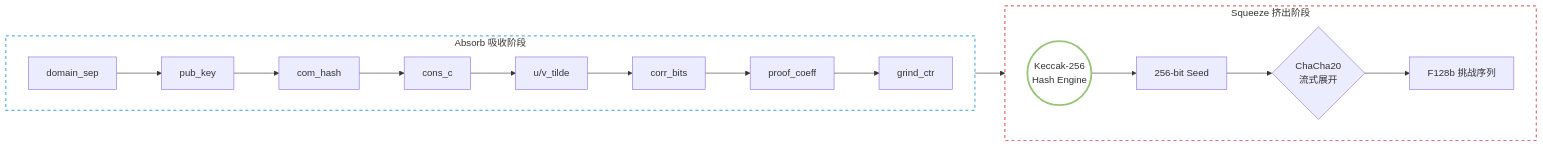
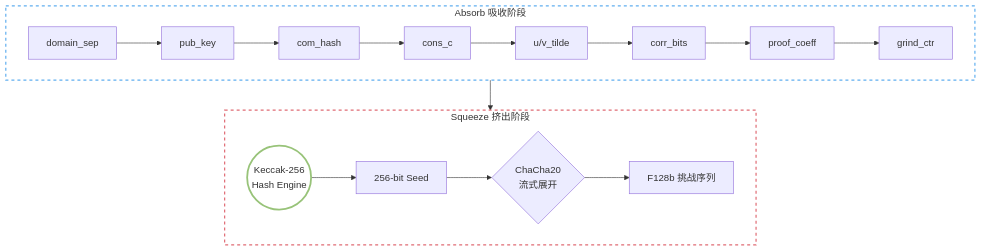
One commit to coperlm/CodeBasedZKPwithVOLEitH_README changed the second of 2 diagrams in src/5_ZK核心证明协议.md. Above: the diagram before and after it, drawn with Mermaid.

Commit message:
修正mermaid

````diff
--- a/src/5_ZK核心证明协议.md
+++ b/src/5_ZK核心证明协议.md
@@ -297,21 +297,21 @@
 ```mermaid
-graph LR
+graph TD
     subgraph Absorb [Absorb 吸收阶段]
         direction LR
         A1[domain_sep] --> A2[pub_key] --> A3[com_hash] --> A4[cons_c]
         A4 --> A5[u/v_tilde] --> A6[corr_bits] --> A7[proof_coeff] --> A8[grind_ctr]
     end
 
     A8 --> K((Keccak-256<br>Hash Engine))
 
     subgraph Squeeze [Squeeze 挤出阶段]
         direction LR
         K --> S[256-bit Seed]
         S --> PRG{ChaCha20<br>流式展开}
         PRG --> Out[F128b 挑战序列]
     end
 
     style Absorb fill:none,stroke:#61afef,stroke-width:2px,stroke-dasharray: 5 5
     style Squeeze fill:none,stroke:#e06c75,stroke-width:2px,stroke-dasharray: 5 5
     style K fill:none,stroke:#98c379,stroke-width:3px
 ```
````
